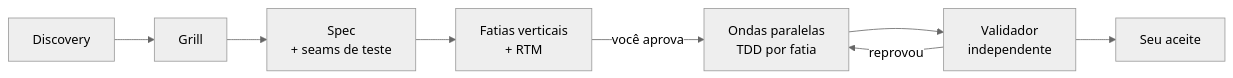
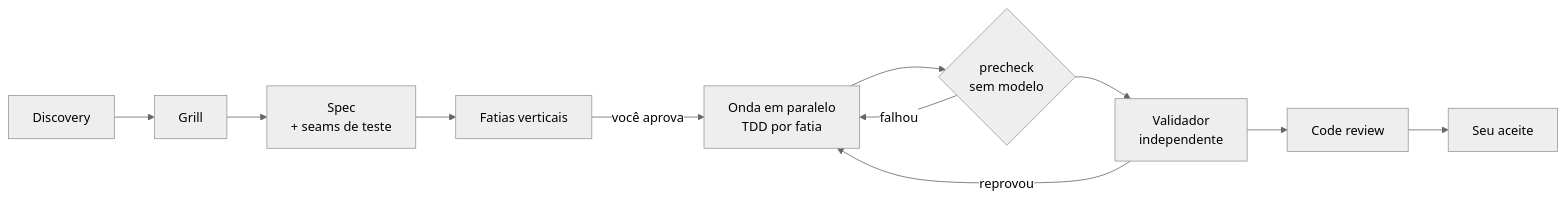
The second of 2 diagrams in README.pt-BR.md (NowItMakesSense/aisef), drawn with Mermaid (neutral theme) before and after one commit. The commit also changed other lines of this file and 10 other files, not shown here.

````diff
--- a/README.pt-BR.md
+++ b/README.pt-BR.md
@@ -26,10 +52,13 @@
 ```mermaid
 flowchart LR
-  D[Discovery] --> G[Grill]
-  G --> S[Spec<br/>+ seams de teste]
-  S --> F[Fatias verticais<br/>+ RTM]
-  F -->|você aprova| W[Ondas paralelas<br/>TDD por fatia]
-  W --> V[Validador<br/>independente]
-  V -->|reprovou| W
-  V --> A[Seu aceite]
+  DS[Discovery] --> GR[Grill]
+  GR --> SP[Spec<br/>+ seams de teste]
+  SP --> FT[Fatias verticais]
+  FT -->|você aprova| ON[Onda em paralelo<br/>TDD por fatia]
+  ON --> PC{precheck<br/>sem modelo}
+  PC -->|falhou| ON
+  PC --> VA[Validador<br/>independente]
+  VA -->|reprovou| ON
+  VA --> CR[Code review]
+  CR --> AC[Seu aceite]
 ```
````
